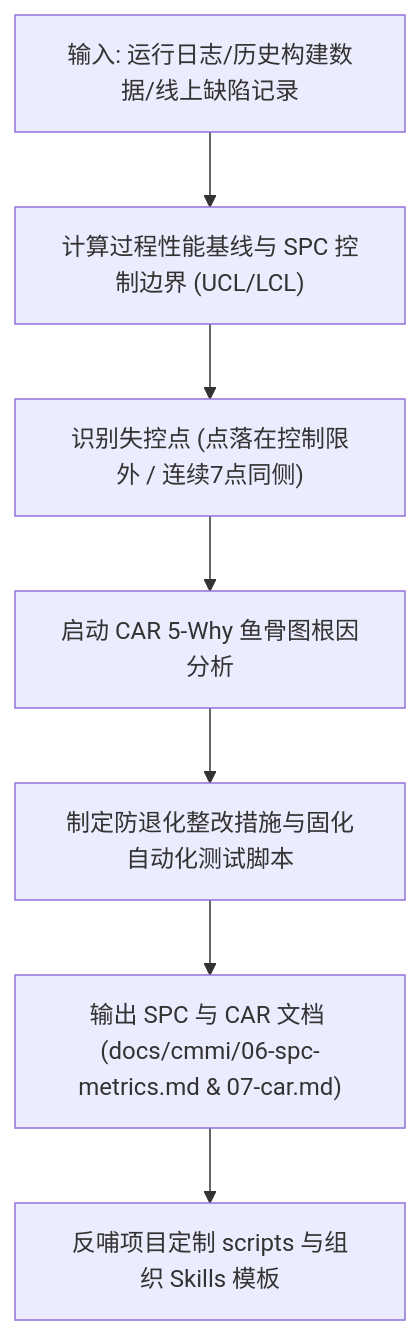
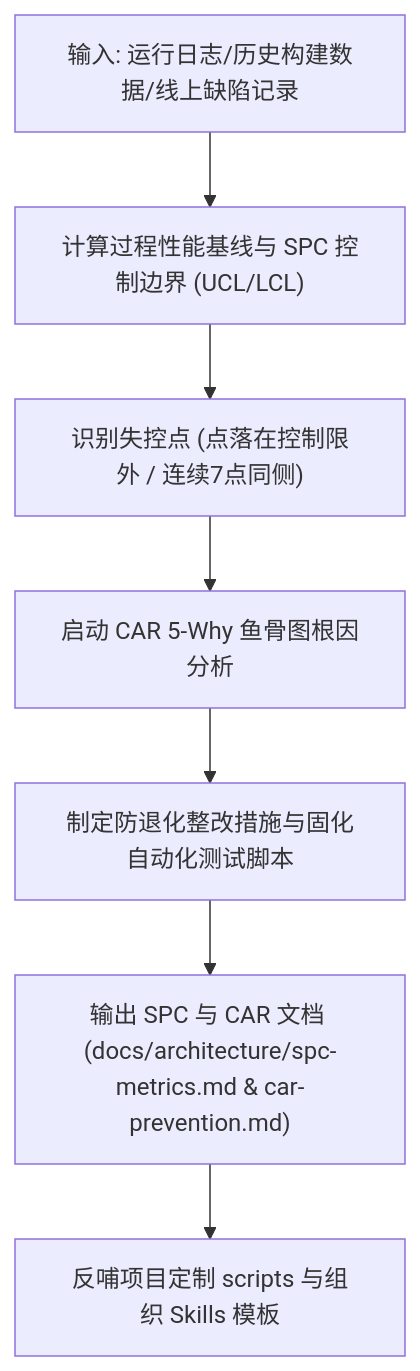
The diagram in .agents/skills/cmmi-car-spc-metrics/SKILL.md (xaicd/coolie), drawn with Mermaid before and after one commit. The commit also changed other lines of this file and 437 other files, not shown here.

````diff
--- a/.agents/skills/cmmi-car-spc-metrics/SKILL.md
+++ b/.agents/skills/cmmi-car-spc-metrics/SKILL.md
@@ -26,9 +26,9 @@
 ```mermaid
 flowchart TD
   A["输入: 运行日志/历史构建数据/线上缺陷记录"] --> B["计算过程性能基线与 SPC 控制边界 (UCL/LCL)"]
   B --> C["识别失控点 (点落在控制限外 / 连续7点同侧)"]
   C --> D["启动 CAR 5-Why 鱼骨图根因分析"]
   D --> E["制定防退化整改措施与固化自动化测试脚本"]
-  E --> F["输出 SPC 与 CAR 文档 (docs/cmmi/06-spc-metrics.md & 07-car.md)"]
+  E --> F["输出 SPC 与 CAR 文档 (docs/architecture/spc-metrics.md & car-prevention.md)"]
   F --> G["反哺项目定制 scripts 与组织 Skills 模板"]
 ```
````
